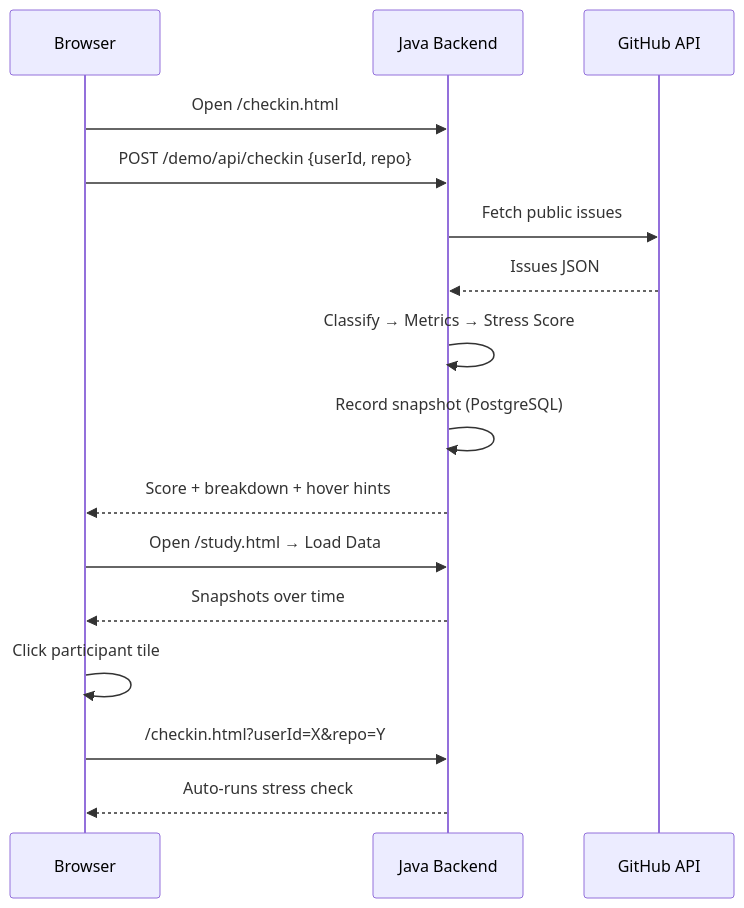
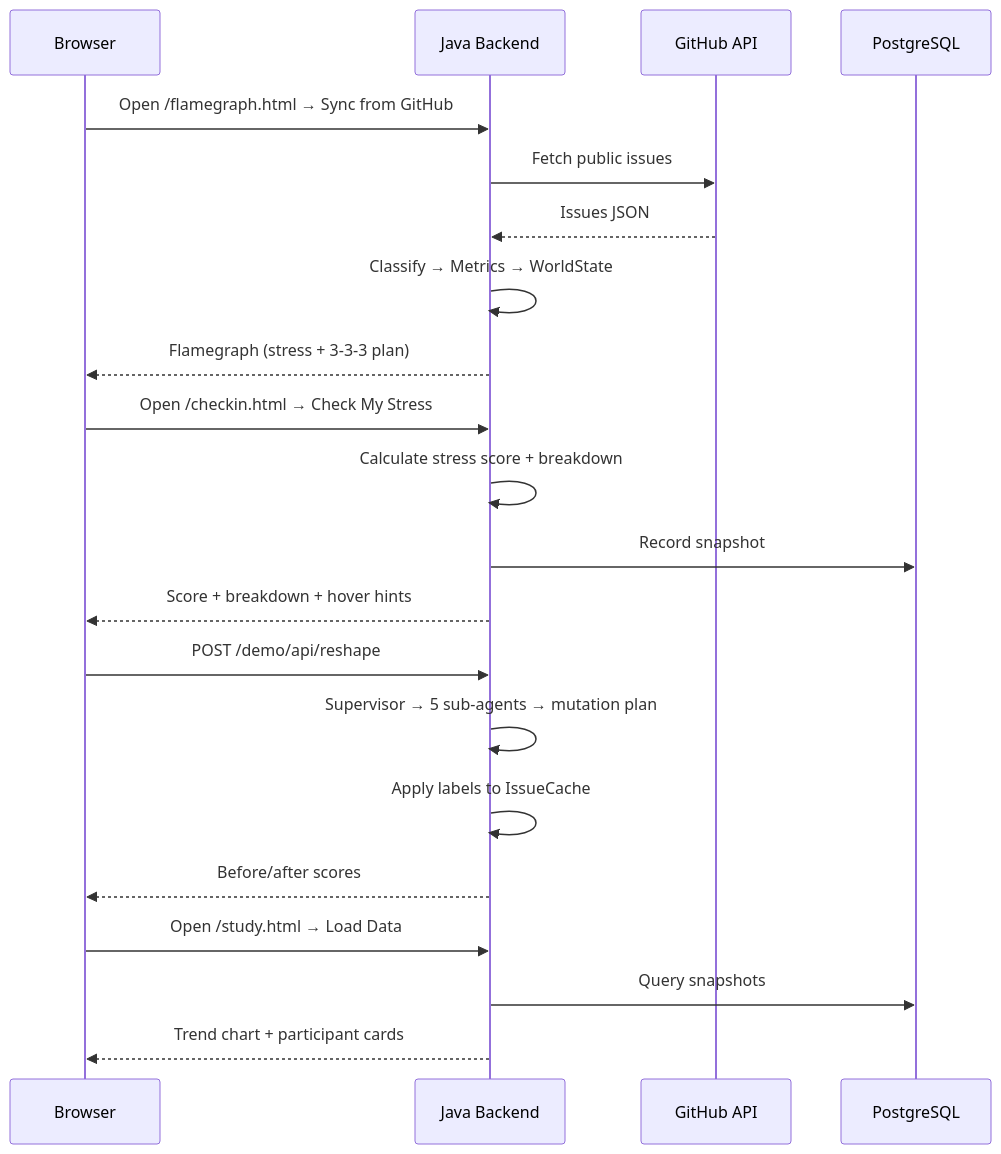
Before and after one commit to roryp/burnout-app: the diagram in docs/images/flow-web.mmd, drawn with Mermaid. The commit also changed 3 other files, not shown here.

Commit message:
feat: update flow diagrams and images to include new reshape functionality and improved user interactions

```diff
--- a/docs/images/flow-web.mmd
+++ b/docs/images/flow-web.mmd
@@ -1,18 +1,25 @@
 sequenceDiagram
     participant User as Browser
     participant BE as Java Backend
     participant GH as GitHub API
+    participant DB as PostgreSQL
 
-    User->>BE: Open /checkin.html
-    User->>BE: POST /demo/api/checkin {userId, repo}
+    User->>BE: Open /flamegraph.html → Sync from GitHub
     BE->>GH: Fetch public issues
     GH-->>BE: Issues JSON
-    BE->>BE: Classify → Metrics → Stress Score
-    BE->>BE: Record snapshot (PostgreSQL)
+    BE->>BE: Classify → Metrics → WorldState
+    BE-->>User: Flamegraph (stress + 3-3-3 plan)
+
+    User->>BE: Open /checkin.html → Check My Stress
+    BE->>BE: Calculate stress score + breakdown
+    BE->>DB: Record snapshot
     BE-->>User: Score + breakdown + hover hints
 
+    User->>BE: POST /demo/api/reshape
+    BE->>BE: Supervisor → 5 sub-agents → mutation plan
+    BE->>BE: Apply labels to IssueCache
+    BE-->>User: Before/after scores
+
     User->>BE: Open /study.html → Load Data
-    BE-->>User: Snapshots over time
-    User->>User: Click participant tile
-    User->>BE: /checkin.html?userId=X&repo=Y
-    BE-->>User: Auto-runs stress check
+    BE->>DB: Query snapshots
+    BE-->>User: Trend chart + participant cards
```
